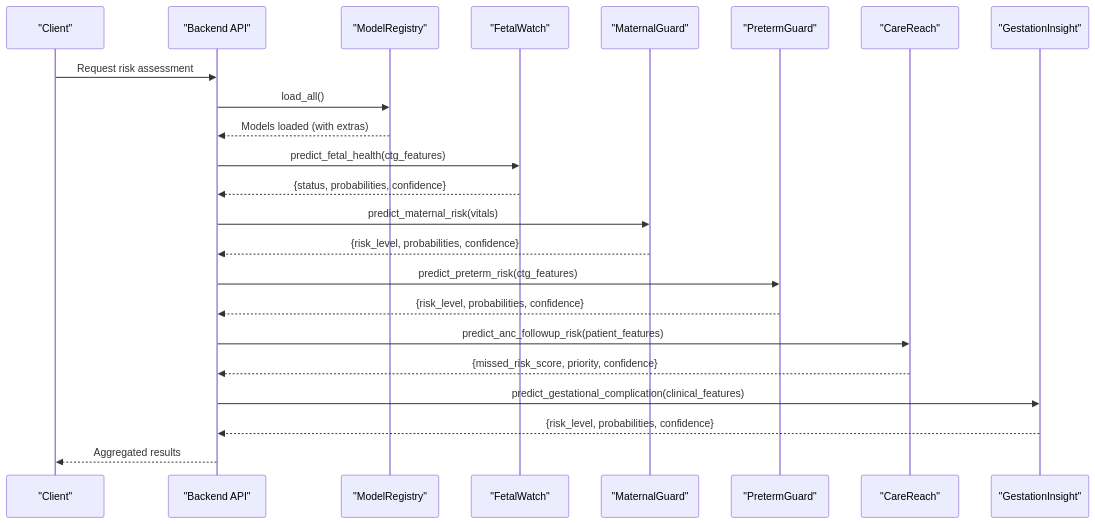
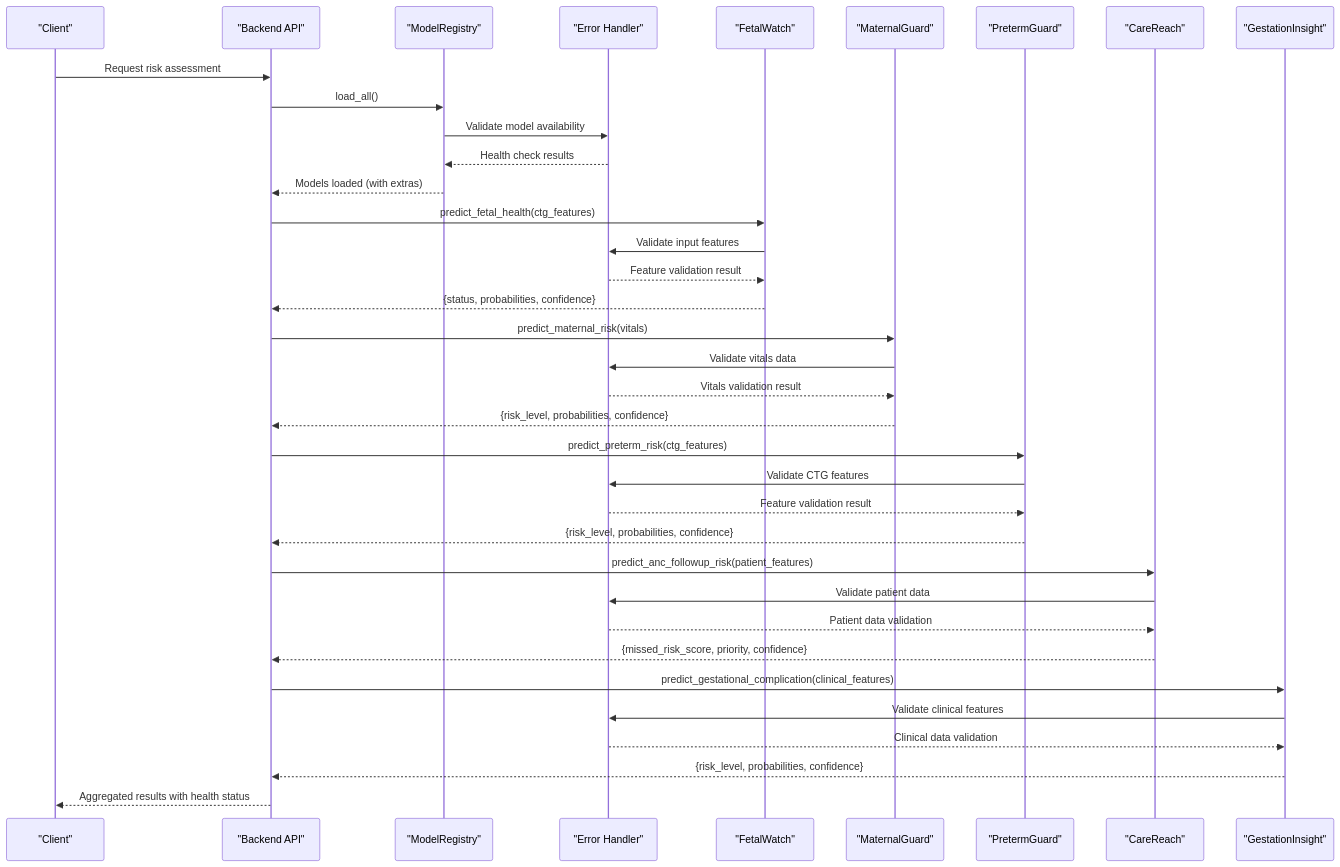
Before and after one commit to Zafar488/MaHifzat-Ai: the second of 10 diagrams in .qoder/repowiki/en/content/Machine Learning Models/Machine Learning Models.md, drawn with Mermaid. The commit also changed other lines of this file and 360 other files, not shown here.

````diff
--- a/.qoder/repowiki/en/content/Machine Learning Models/Machine Learning Models.md
+++ b/.qoder/repowiki/en/content/Machine Learning Models/Machine Learning Models.md
@@ -130,25 +133,38 @@
 ```mermaid
 sequenceDiagram
 participant Client as "Client"
 participant API as "Backend API"
 participant Reg as "ModelRegistry"
+participant EH as "Error Handler"
 participant FW as "FetalWatch"
 participant MG as "MaternalGuard"
 participant PG as "PretermGuard"
 participant CR as "CareReach"
 participant GI as "GestationInsight"
 Client->>API : Request risk assessment
 API->>Reg : load_all()
+Reg->>EH : Validate model availability
+EH-->>Reg : Health check results
 Reg-->>API : Models loaded (with extras)
 API->>FW : predict_fetal_health(ctg_features)
+FW->>EH : Validate input features
+EH-->>FW : Feature validation result
 FW-->>API : {status, probabilities, confidence}
 API->>MG : predict_maternal_risk(vitals)
+MG->>EH : Validate vitals data
+EH-->>MG : Vitals validation result
 MG-->>API : {risk_level, probabilities, confidence}
 API->>PG : predict_preterm_risk(ctg_features)
+PG->>EH : Validate CTG features
+EH-->>PG : Feature validation result
 PG-->>API : {risk_level, probabilities, confidence}
 API->>CR : predict_anc_followup_risk(patient_features)
+CR->>EH : Validate patient data
+EH-->>CR : Patient data validation
 CR-->>API : {missed_risk_score, priority, confidence}
 API->>GI : predict_gestational_complication(clinical_features)
+GI->>EH : Validate clinical features
+EH-->>GI : Clinical data validation
 GI-->>API : {risk_level, probabilities, confidence}
-API-->>Client : Aggregated results
+API-->>Client : Aggregated results with health status
 ```
````
